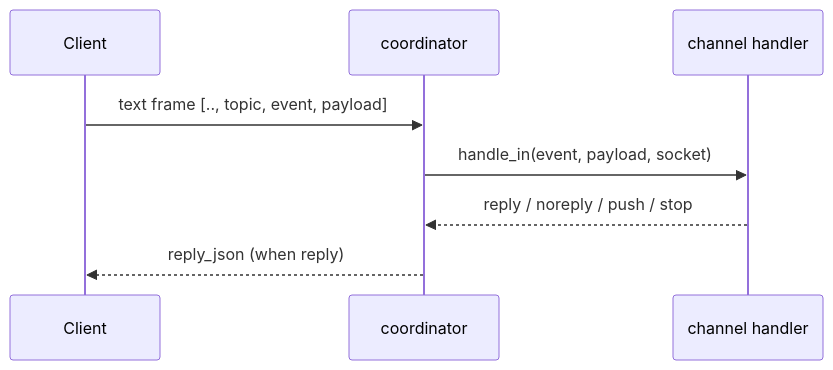
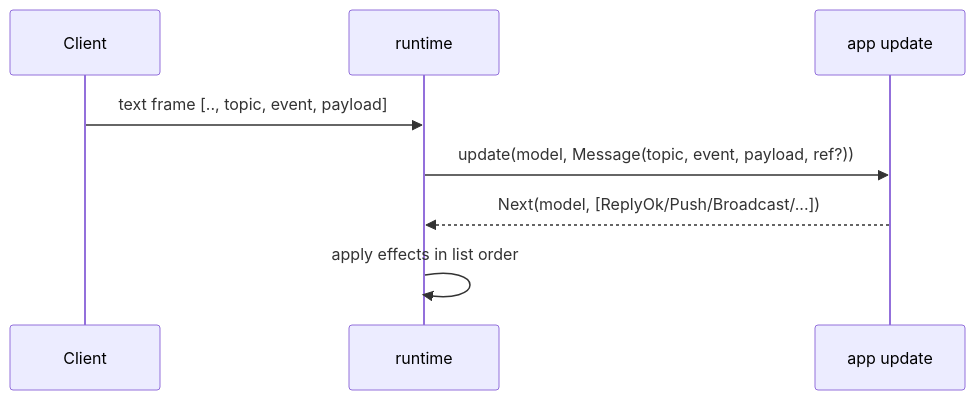
Before and after one commit to tylerbutler/beryl: the fifth of 11 diagrams in docs/architecture-deck.md, drawn with Mermaid. The commit also changed other lines of this file and 90 other files, not shown here.

````diff
--- a/docs/architecture-deck.md
+++ b/docs/architecture-deck.md
@@ -223,10 +235,10 @@
 ```mermaid
 sequenceDiagram
   participant Client
-  participant Coord as coordinator
-  participant Ch as channel handler
-  Client->>Coord: text frame [.., topic, event, payload]
-  Coord->>Ch: handle_in(event, payload, socket)
-  Ch-->>Coord: reply / noreply / push / stop
-  Coord-->>Client: reply_json (when reply)
+  participant Runtime as runtime
+  participant App as app update
+  Client->>Runtime: text frame [.., topic, event, payload]
+  Runtime->>App: update(model, Message(topic, event, payload, ref?))
+  App-->>Runtime: Next(model, [ReplyOk/Push/Broadcast/...])
+  Runtime->>Runtime: apply effects in list order
 ```
````
